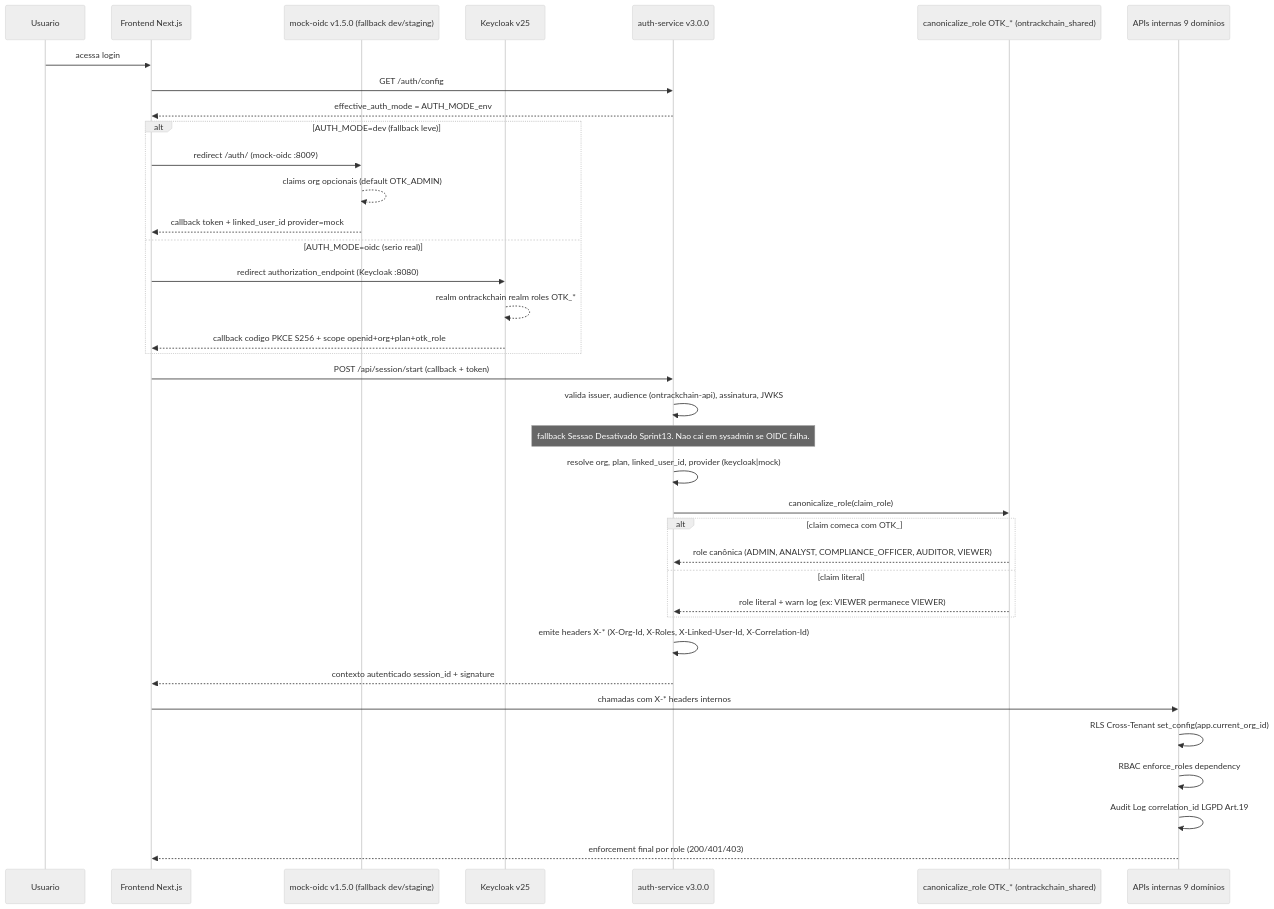
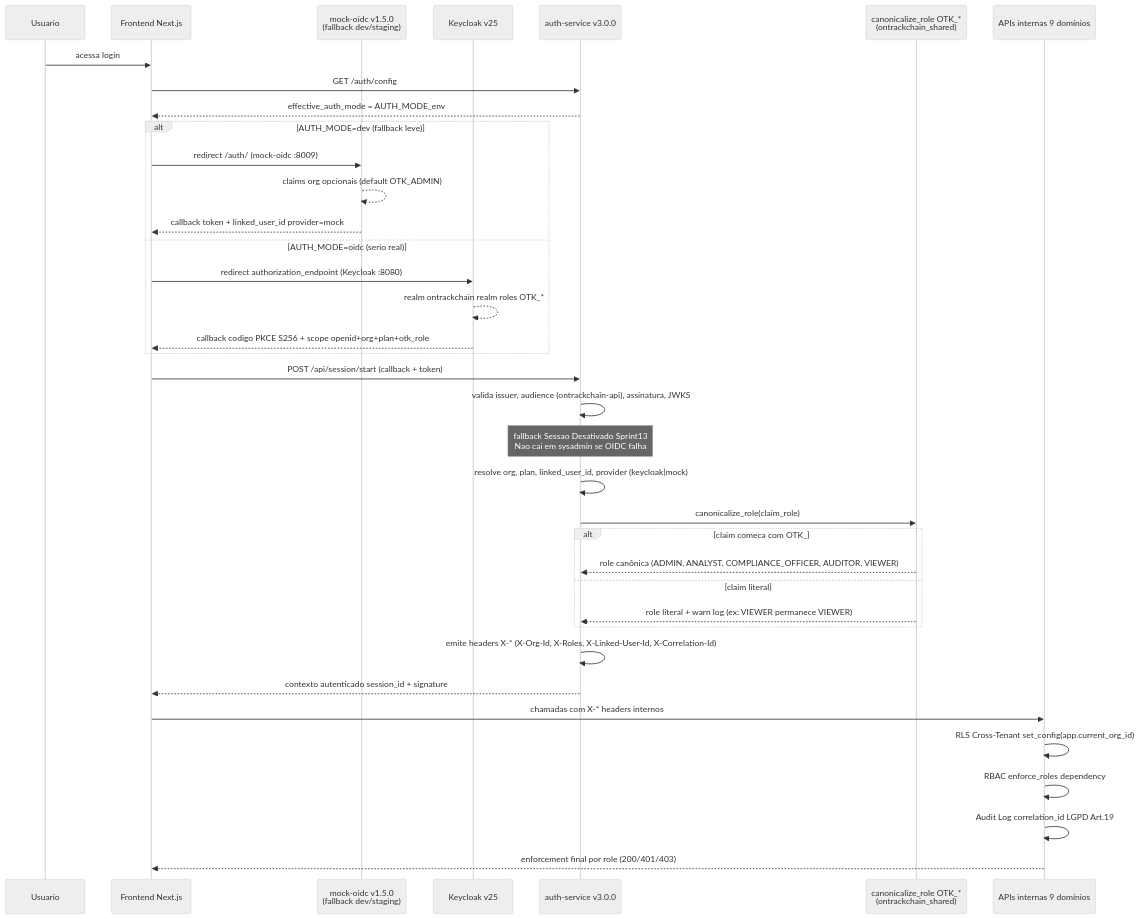
The fifth of 18 diagrams in README.md (Jistriane/Ontrackchain), drawn with Mermaid (neutral theme) before and after one commit. The commit also changed other lines of this file, not shown here.

````diff
--- a/README.md
+++ b/README.md
@@ -426,40 +403,40 @@
 ```mermaid
 sequenceDiagram
     participant U as Usuario
     participant F as Frontend Next.js
-    participant MO as mock-oidc v1.5.0 (fallback dev/staging)
+    participant MO as mock-oidc v1.5.0<br/>(fallback dev/staging)
     participant K as Keycloak v25
     participant A as auth-service v3.0.0
-    participant OTK as canonicalize_role OTK_* (ontrackchain_shared)
+    participant OTK as canonicalize_role OTK_*<br/>(ontrackchain_shared)
     participant APIs as APIs internas 9 domínios
 
     U->>F: acessa login
     F->>A: GET /auth/config
     A-->>F: effective_auth_mode = AUTH_MODE_env
     alt AUTH_MODE=dev (fallback leve)
       F->>MO: redirect /auth/ (mock-oidc :8009)
       MO-->>MO: claims org opcionais (default OTK_ADMIN)
       MO-->>F: callback token + linked_user_id provider=mock
     else AUTH_MODE=oidc (serio real)
       F->>K: redirect authorization_endpoint (Keycloak :8080)
       K-->>K: realm ontrackchain realm roles OTK_*
       K-->>F: callback codigo PKCE S256 + scope openid+org+plan+otk_role
     end
     F->>A: POST /api/session/start (callback + token)
     A->>A: valida issuer, audience (ontrackchain-api), assinatura, JWKS
-    Note over A: fallback Sessao Desativado Sprint13. Nao cai em sysadmin se OIDC falha.
+    Note over A: fallback Sessao Desativado Sprint13<br/>Nao cai em sysadmin se OIDC falha
     A->>A: resolve org, plan, linked_user_id, provider (keycloak|mock)
     A->>OTK: canonicalize_role(claim_role)
     alt claim comeca com OTK_
       OTK-->>A: role canônica (ADMIN, ANALYST, COMPLIANCE_OFFICER, AUDITOR, VIEWER)
     else claim literal
       OTK-->>A: role literal + warn log (ex: VIEWER permanece VIEWER)
     end
     A->>A: emite headers X-* (X-Org-Id, X-Roles, X-Linked-User-Id, X-Correlation-Id)
     A-->>F: contexto autenticado session_id + signature
     F->>APIs: chamadas com X-* headers internos
     APIs->>APIs: RLS Cross-Tenant set_config(app.current_org_id)
     APIs->>APIs: RBAC enforce_roles dependency
     APIs->>APIs: Audit Log correlation_id LGPD Art.19
     APIs-->>F: enforcement final por role (200/401/403)
 ```
````
